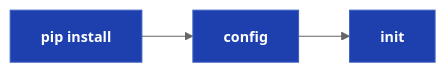
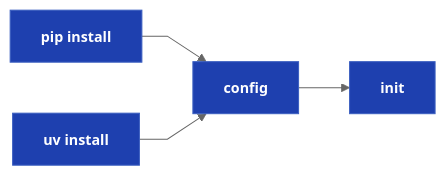
The second of 6 diagrams in docs/Drydock_Specification.md (webcloudstudio/Drydock), drawn with Mermaid before and after one commit. The commit also changed other lines of this file and 5 other files, not shown here.

````diff
--- a/docs/Drydock_Specification.md
+++ b/docs/Drydock_Specification.md
@@ -216,13 +210,14 @@
 ```mermaid
 %%{init: {'theme': 'neutral', 'flowchart': {'curve': 'linear'}, 'themeVariables': {'fontSize': '14px'}}}%%
 flowchart LR
   classDef dir    fill:#0a5c38,stroke:#2cb67d,color:#fff,font-weight:bold
   classDef md     fill:#d4a017,stroke:#a07810,color:#111,font-weight:bold
   classDef script fill:#1e40af,stroke:#3b5fc0,color:#fff,font-weight:bold
   classDef prompt fill:#c2410c,stroke:#ea580c,color:#fff,font-weight:bold
   classDef output fill:#6d28d9,stroke:#8b5cf6,color:#fff,font-weight:bold
   classDef web    fill:#be123c,stroke:#fb7185,color:#fff,font-weight:bold
 
   INSTALL["pip install"]:::script --> CONFIG["config"]:::script
+  UVINSTAL["uv install"]:::script --> CONFIG
   CONFIG --> INIT["init"]:::script
 ```
````
